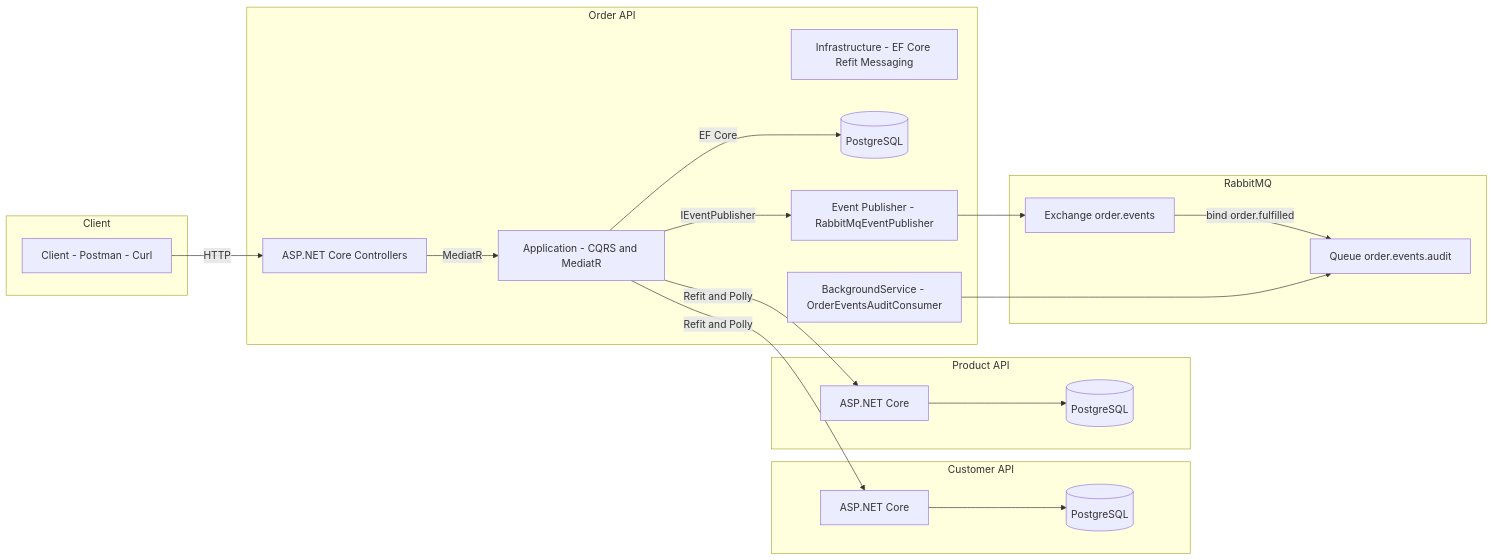
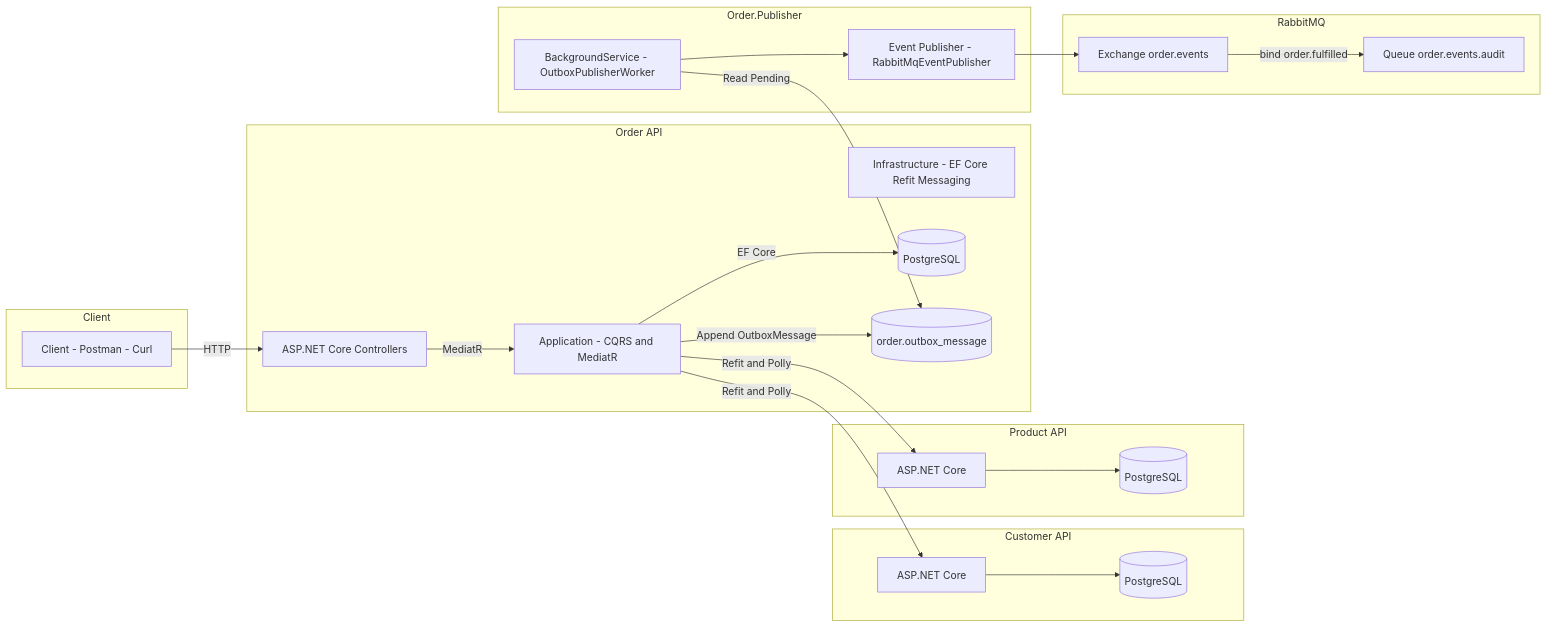
One commit to yasingundogdu/SmartShop changed the first of 4 diagrams in docs/architecture.md. Above: the diagram before and after it, drawn with Mermaid. The commit also changed other lines of this file and 8 other files, not shown here.

````diff
--- a/docs/architecture.md
+++ b/docs/architecture.md
@@ -4,44 +4,51 @@
 ```mermaid
 flowchart LR
     subgraph Client
         A[Client - Postman - Curl]
     end
 
     subgraph Order_Service[Order API]
         OAPI[ASP.NET Core Controllers]
         OAPP[Application - CQRS and MediatR]
         OINF[Infrastructure - EF Core Refit Messaging]
         ODB[(PostgreSQL)]
+        OUTBOX[(order.outbox_message)]
+    end
+
+    subgraph Order_Publisher[Order.Publisher]
+        BGSVC[BackgroundService - OutboxPublisherWorker]
         MQPUB[Event Publisher - RabbitMqEventPublisher]
-        BGSVC[BackgroundService - OrderEventsAuditConsumer]
     end
 
     subgraph Customer_Service[Customer API]
         CAPI[ASP.NET Core]
         CDB[(PostgreSQL)]
     end
 
     subgraph Product_Service[Product API]
         PAPI[ASP.NET Core]
         PDB[(PostgreSQL)]
     end
 
     subgraph RabbitMQ
         EX[Exchange order.events]
         Q[Queue order.events.audit]
     end
 
+    %% Flows
     A -->|HTTP| OAPI
     OAPI -->|MediatR| OAPP
     OAPP -->|EF Core| ODB
 
     OAPP -->|Refit and Polly| CAPI
     OAPP -->|Refit and Polly| PAPI
     CAPI --> CDB
     PAPI --> PDB
 
-    OAPP -->|IEventPublisher| MQPUB
+    %% Outbox: App is writting, Publisher is reading
+    OAPP -->|Append OutboxMessage| OUTBOX
+    BGSVC -->|Read Pending| OUTBOX
+    BGSVC --> MQPUB
     MQPUB --> EX
     EX -->|bind order.fulfilled| Q
-    BGSVC --> Q
 ```
````
